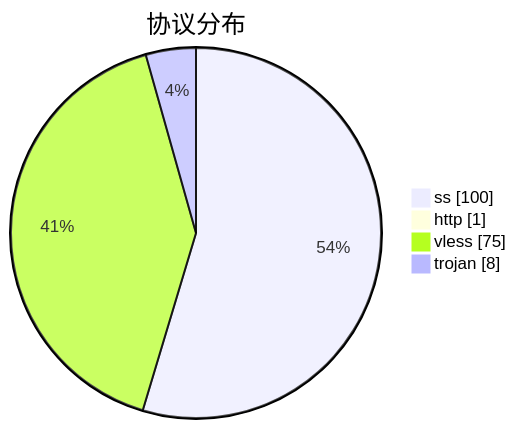
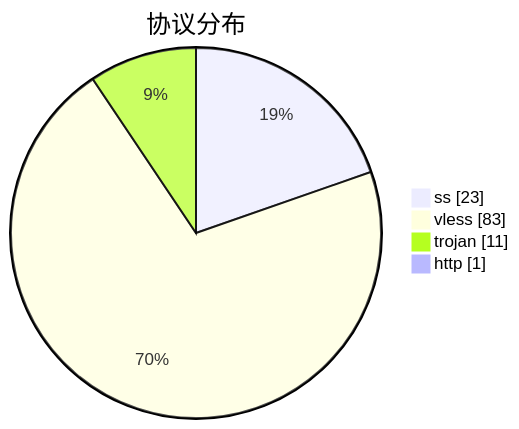
Before and after one commit to qjlxg/airport: the third of 3 diagrams in subs/statistics/tested_within.md, drawn with Mermaid. The commit also changed other lines of this file and 2 other files, not shown here.

````diff
--- a/subs/statistics/tested_within.md
+++ b/subs/statistics/tested_within.md
@@ -17,8 +17,8 @@
 ```mermaid
 pie showData
 title 协议分布
-"ss" : 100
+"ss" : 23
+"vless" : 83
+"trojan" : 11
 "http" : 1
-"vless" : 75
-"trojan" : 8
 ```
````
